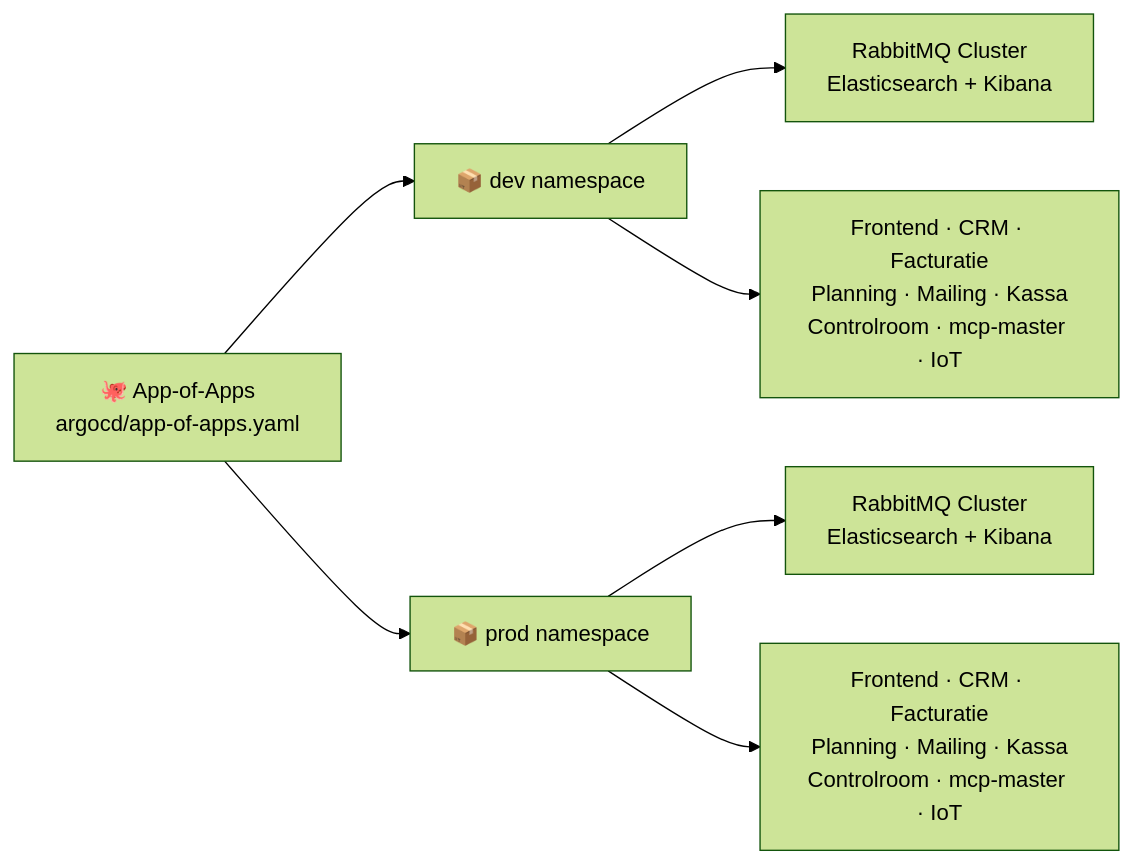
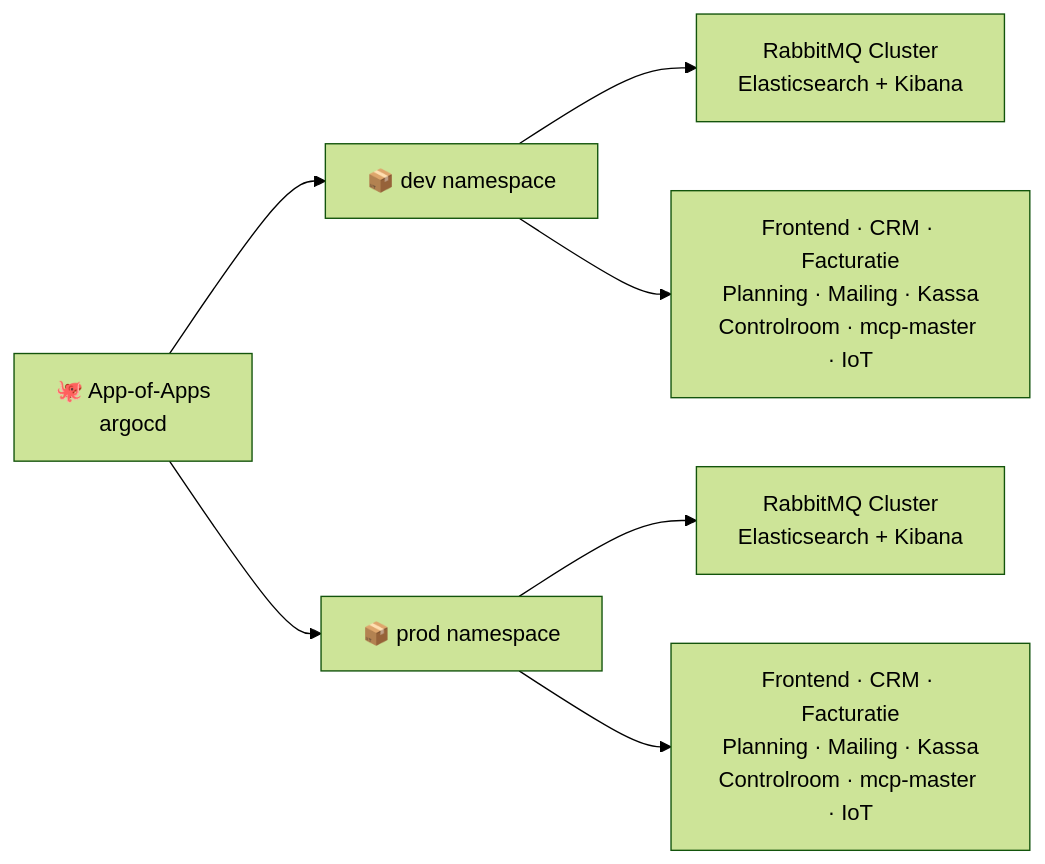
One commit to Integration-Project-2026-Groep-2/.github changed the fourth of 7 diagrams in profile/README.md. Above: the diagram before and after it, drawn with Mermaid (forest theme).

Commit message:
docs: update README.md to modify App-of-Apps graph label in mermaid diagram

````diff
--- a/profile/README.md
+++ b/profile/README.md
@@ -442,13 +442,13 @@
 ```mermaid
 graph LR
-    ROOT["🐙 App-of-Apps\nargocd/app-of-apps.yaml"]
+    ROOT["🐙 App-of-Apps\nargocd"]
 
     ROOT --> DEV["📦 dev namespace"]
     ROOT --> PROD["📦 prod namespace"]
 
     DEV --> DI["RabbitMQ Cluster\nElasticsearch + Kibana"]
     DEV --> DA["Frontend · CRM · Facturatie\nPlanning · Mailing · Kassa\nControlroom · mcp-master · IoT"]
 
     PROD --> PI["RabbitMQ Cluster\nElasticsearch + Kibana"]
     PROD --> PA["Frontend · CRM · Facturatie\nPlanning · Mailing · Kassa\nControlroom · mcp-master · IoT"]
 ```
````
